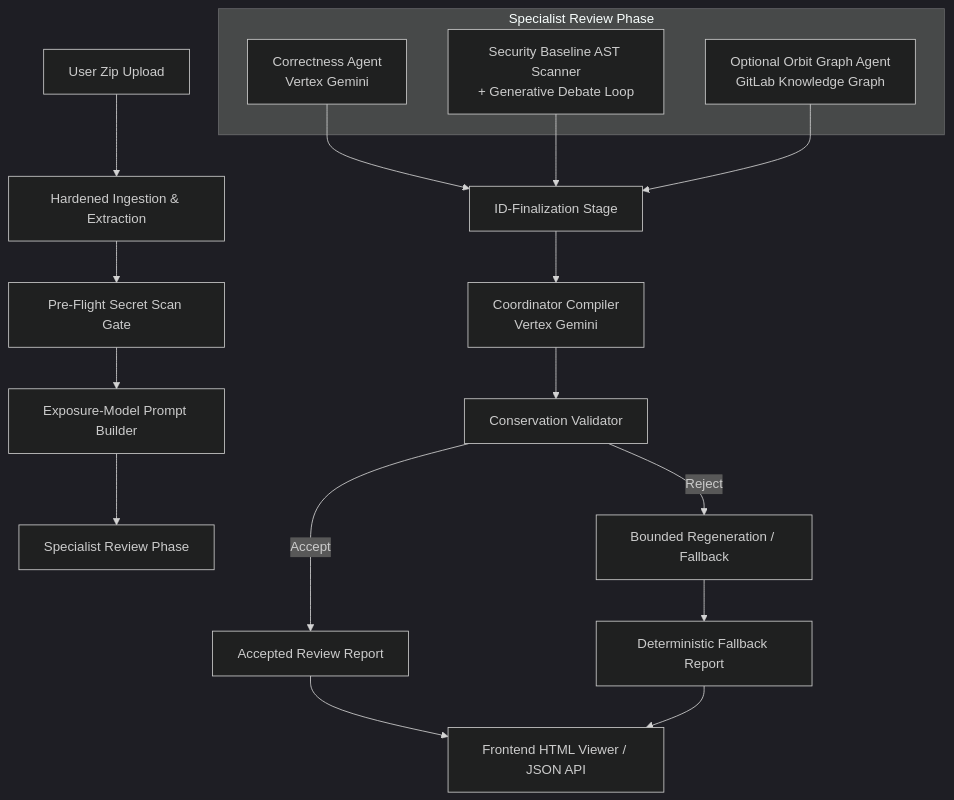
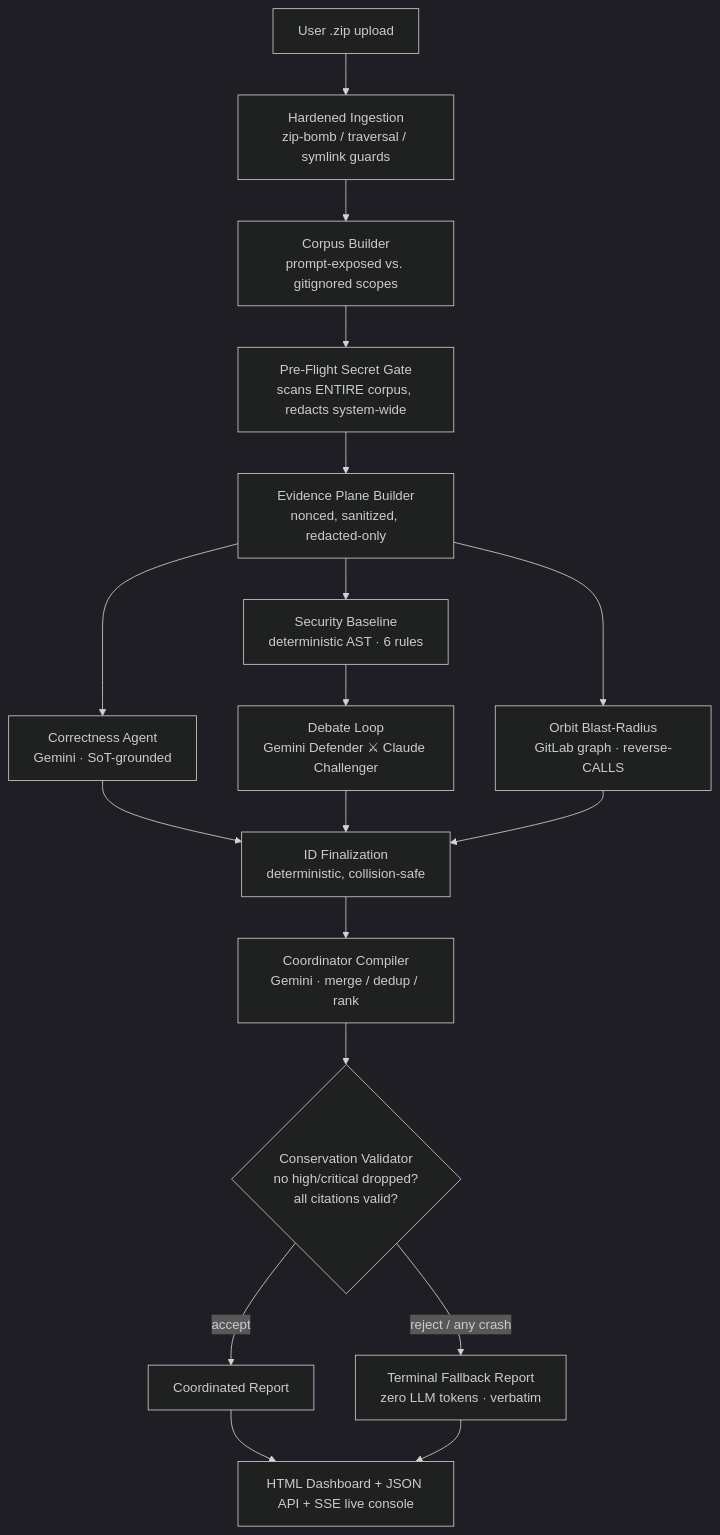
The diagram in README.md (OmarAK-Git/gdg-yorku-submission), drawn with Mermaid (dark theme) before and after one commit. The commit also changed other lines of this file and 14 other files, not shown here.

````diff
--- a/README.md
+++ b/README.md
@@ -40,26 +63,23 @@
 ```mermaid
 flowchart TD
-    A[User Zip Upload] --> B[Hardened Ingestion & Extraction]
-    B --> C[Pre-Flight Secret Scan Gate]
-    C --> D[Exposure-Model Prompt Builder]
-    D --> E[Specialist Review Phase]
-    
-    subgraph Specialist Review Phase
-        E1[Correctness Agent\nVertex Gemini]
-        E2[Security Baseline AST Scanner\n+ Generative Debate Loop]
-        E3[Optional Orbit Graph Agent\nGitLab Knowledge Graph]
-    end
-    
-    E1 --> F[ID-Finalization Stage]
-    E2 --> F
-    E3 --> F
-    
-    F --> G[Coordinator Compiler\nVertex Gemini]
-    G --> H[Conservation Validator]
-    
-    H -- Reject --> I[Bounded Regeneration / Fallback]
-    H -- Accept --> J[Accepted Review Report]
-    I --> K[Deterministic Fallback Report]
-    J --> L[Frontend HTML Viewer / JSON API]
+    A[User .zip upload] --> B[Hardened Ingestion<br/>zip-bomb / traversal / symlink guards]
+    B --> C[Corpus Builder<br/>prompt-exposed vs. gitignored scopes]
+    C --> D[Pre-Flight Secret Gate<br/>scans ENTIRE corpus, redacts system-wide]
+    D --> E[Evidence Plane Builder<br/>nonced, sanitized, redacted-only]
+
+    E --> F1[Correctness Agent<br/>Gemini · SoT-grounded]
+    E --> F2[Security Baseline<br/>deterministic AST · 6 rules]
+    F2 --> F2b[Debate Loop<br/>Gemini Defender ⚔ Claude Challenger]
+    E --> F3[Orbit Blast-Radius<br/>GitLab graph · reverse-CALLS]
+
+    F1 --> G[ID Finalization<br/>deterministic, collision-safe]
+    F2b --> G
+    F3 --> G
+
+    G --> H[Coordinator Compiler<br/>Gemini · merge / dedup / rank]
+    H --> I{Conservation Validator<br/>no high/critical dropped?<br/>all citations valid?}
+    I -- accept --> J[Coordinated Report]
+    I -- reject / any crash --> K[Terminal Fallback Report<br/>zero LLM tokens · verbatim]
+    J --> L[HTML Dashboard + JSON API + SSE live console]
     K --> L
 ```
````
